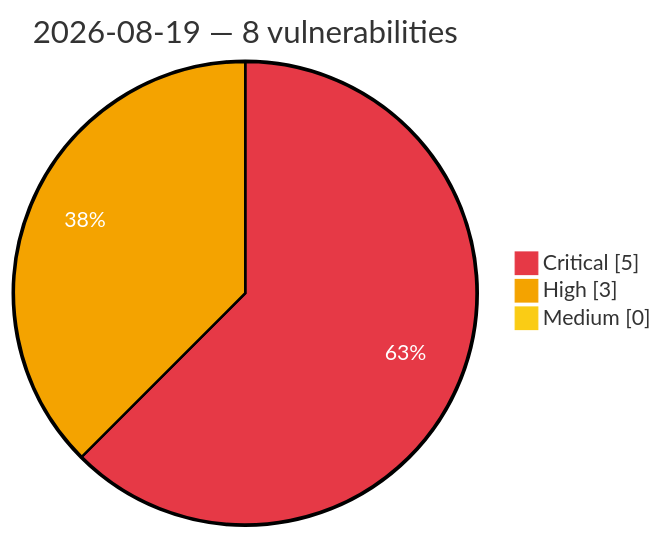
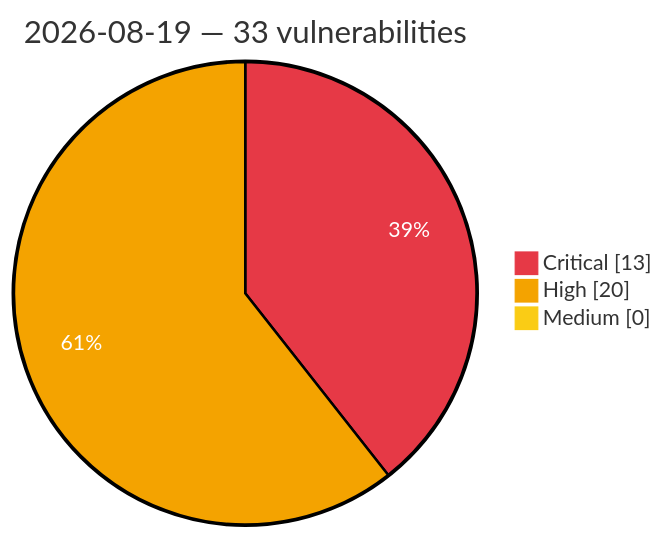
Before and after one commit to GhostX0X/vuln-tracker: the diagram in vulnerabilities/2026/August/2026-08-19.md, drawn with Mermaid. The commit also changed other lines of this file and 5 other files, not shown here.

Commit message:
Auto update: critical/high vulns (2026-08-19 15:01 UTC)

````diff
--- a/vulnerabilities/2026/August/2026-08-19.md
+++ b/vulnerabilities/2026/August/2026-08-19.md
@@ -3,8 +3,8 @@
 ```mermaid
 %%{init: {'theme':'base', 'themeVariables': {'pie1':'#e63946', 'pie2':'#f4a300', 'pie3':'#facc15', 'pieOpacity':'1', 'pieOuterStrokeWidth':'2px', 'pieSectionTextColor':'#ffffff'}}}%%
 pie showData
-    title 2026-08-19 — 8 vulnerabilities
-    "Critical" : 5
-    "High" : 3
+    title 2026-08-19 — 33 vulnerabilities
+    "Critical" : 13
+    "High" : 20
     "Medium" : 0
 ```
````
